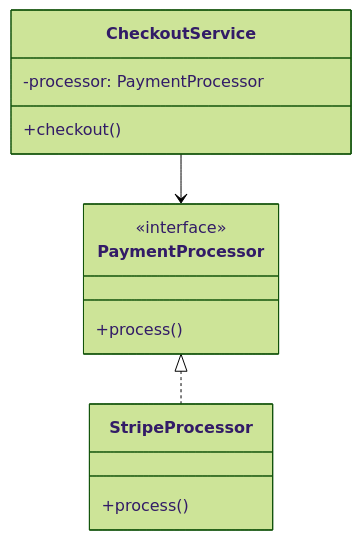
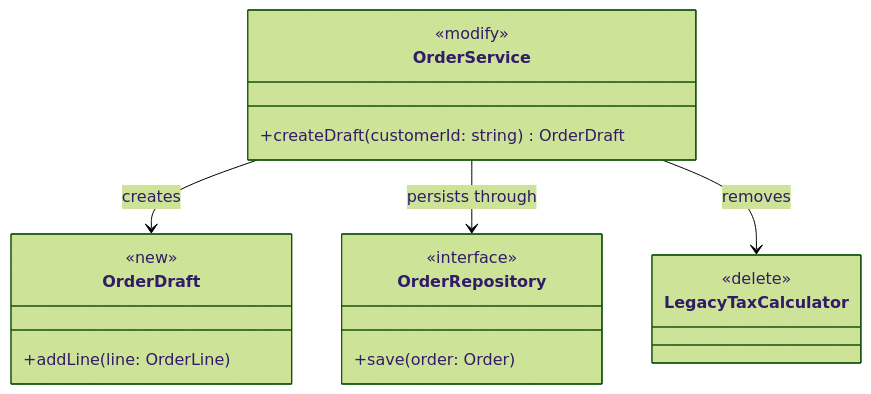
The third of 6 diagrams in .agents/skills/plan-with-class-diagram/rules/class-diagram-規範.md (futureappworker/skill-creator), drawn with Mermaid (forest theme) before and after one commit. The commit also changed other lines of this file and 3 other files, not shown here.

Commit message:
feat: plan-with-class-diagram 支援類別圖變更標註與重構流程

````diff
--- a/.agents/skills/plan-with-class-diagram/rules/class-diagram-規範.md
+++ b/.agents/skills/plan-with-class-diagram/rules/class-diagram-規範.md
@@ -43,16 +44,21 @@
 ```mermaid
 classDiagram
-    class PaymentProcessor {
+    class OrderDraft {
+        <<new>>
+        +addLine(line: OrderLine)
+    }
+    class OrderService {
+        <<modify>>
+        +createDraft(customerId: string) OrderDraft
+    }
+    class LegacyTaxCalculator {
+        <<delete>>
+    }
+    class OrderRepository {
         <<interface>>
-        +process()
+        +save(order: Order)
     }
-    class StripeProcessor {
-        +process()
-    }
-    class CheckoutService {
-        -processor: PaymentProcessor
-        +checkout()
-    }
-    PaymentProcessor <|.. StripeProcessor
-    CheckoutService --> PaymentProcessor
+    OrderService --> OrderDraft : creates
+    OrderService --> OrderRepository : persists through
+    OrderService --> LegacyTaxCalculator : removes
 ```
````
